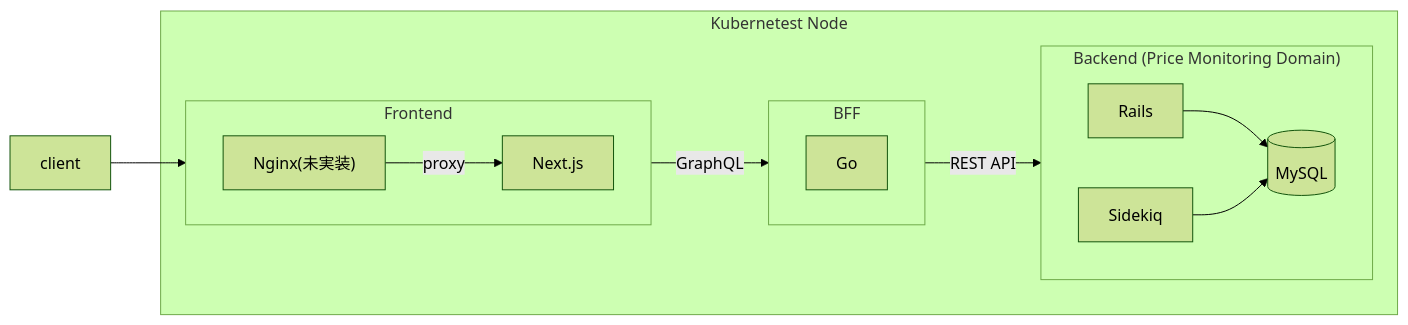
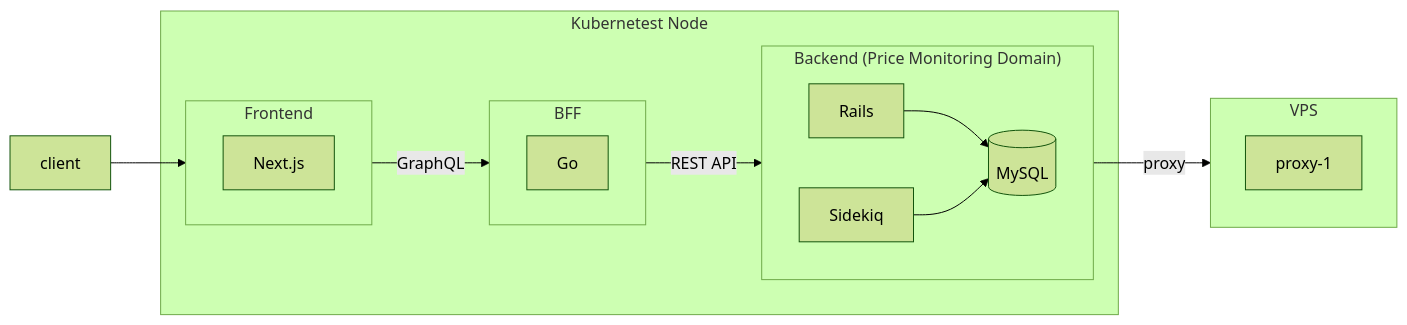
Before and after one commit to kuroweb/price-monitoring: the first of 4 diagrams in README.md, drawn with Mermaid (forest theme).

````diff
--- a/README.md
+++ b/README.md
@@ -38,33 +38,35 @@
 ```mermaid
 flowchart LR
 subgraph Kubernetest Node
   subgraph frontend [Frontend]
     direction LR
 
-    Nginx["Nginx(未実装)"]
     Next.js
-
-    Nginx--proxy-->Next.js
   end
 
   subgraph bff [BFF]
     direction LR
 
     bff_go[Go]
   end
 
   subgraph price ["Backend (Price Monitoring Domain)"]
     direction LR
 
     price_rails[Rails]
     price_rails_batch[Sidekiq]
     price_rails_mysql[(MySQL)]
 
     price_rails-->price_rails_mysql
     price_rails_batch-->price_rails_mysql
   end
 end
 
+subgraph VPS
+  proxy-1
+end
+
 client-->frontend--GraphQL-->bff
 bff--REST API-->price
+price--proxy-->VPS
 ```
````
